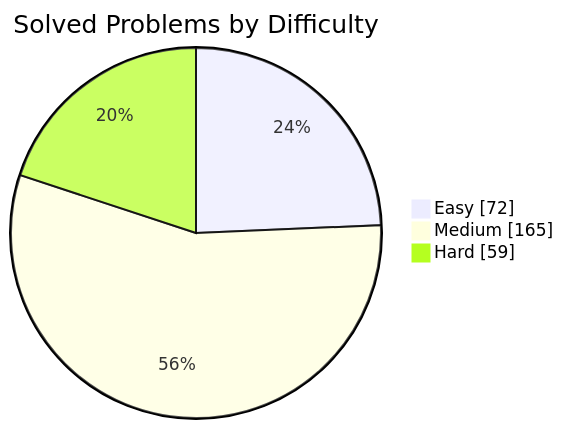
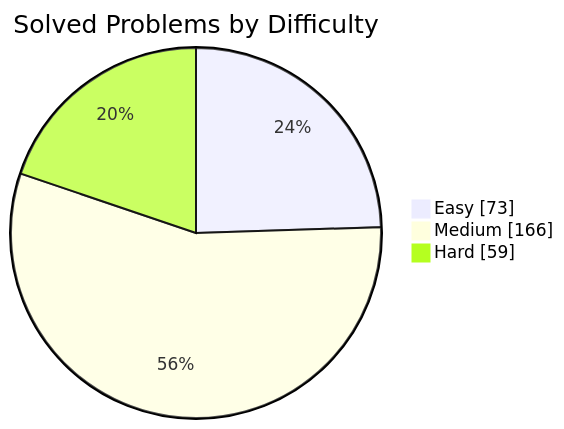
One commit to manikantbindass/DSA-Preparation-FAANG changed the first of 2 diagrams in README.md. Above: the diagram before and after it, drawn with Mermaid. The commit also changed other lines of this file and 1 other file, not shown here.

````diff
--- a/README.md
+++ b/README.md
@@ -77,7 +77,7 @@
 ```mermaid
 pie showData
     title Solved Problems by Difficulty
-    "Easy" : 72
-    "Medium" : 165
+    "Easy" : 73
+    "Medium" : 166
     "Hard" : 59
 ```
````
